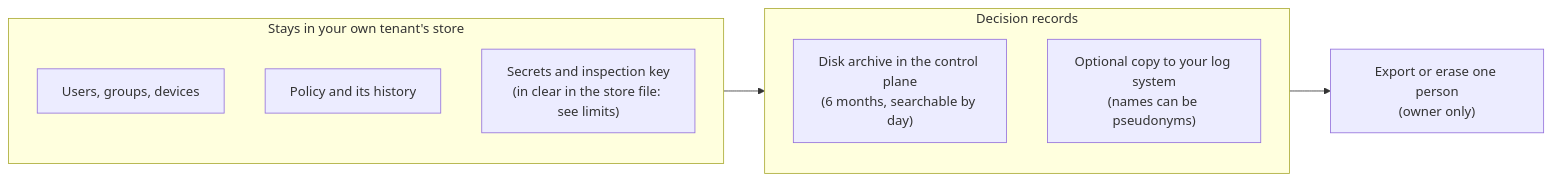
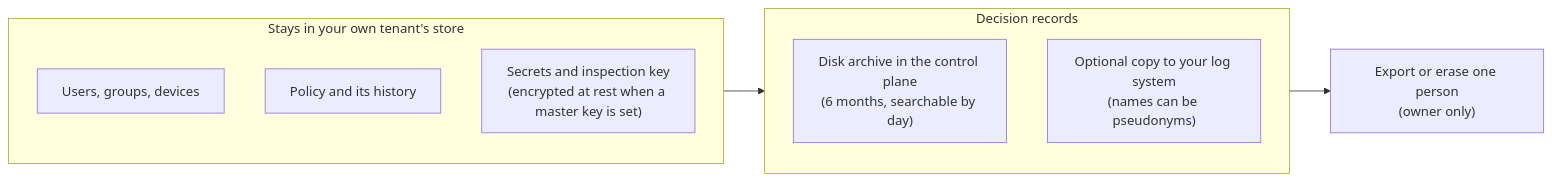
The sixth of 6 diagrams in README.md (larytet/zscaler), drawn with Mermaid before and after one commit. The commit also changed other lines of this file and 13 other files, not shown here.

Commit message:
S42: control plane CA key, signing key and store encrypted at rest with an operator-held master key; sealed backups; refuses to start without the key (GAP-REQ-02, gap G20), tests AGT-041

````diff
--- a/README.md
+++ b/README.md
@@ -240,14 +240,14 @@
 ```mermaid
 flowchart LR
   subgraph Stays["Stays in your own tenant's store"]
     S1[Users, groups, devices]
     S2[Policy and its history]
-    S3["Secrets and inspection key<br/>(in clear in the store file: see limits)"]
+    S3["Secrets and inspection key<br/>(encrypted at rest when a master key is set)"]
   end
   subgraph Records["Decision records"]
     R1["Disk archive in the control plane<br/>(6 months, searchable by day)"]
     R2["Optional copy to your log system<br/>(names can be pseudonyms)"]
   end
   Stays --> Records
   Records --> X["Export or erase one person<br/>(owner only)"]
 ```
````
